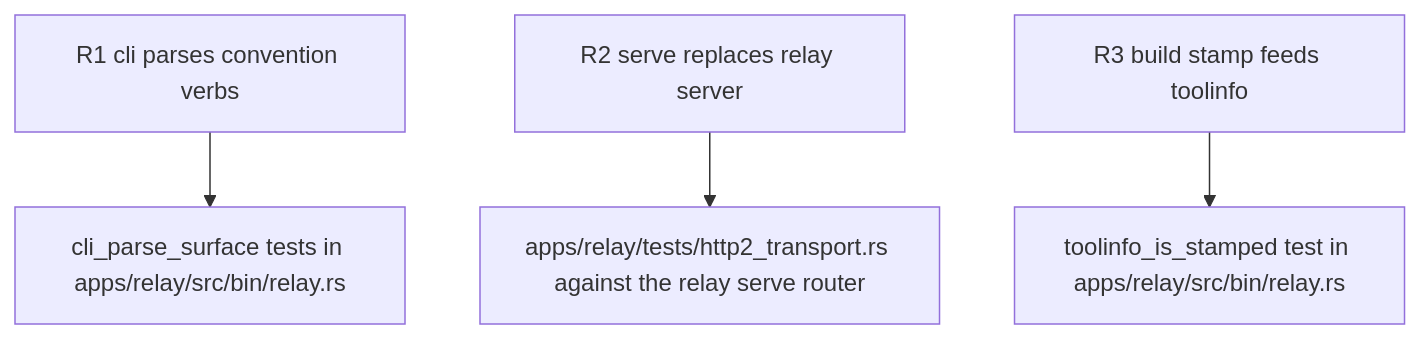
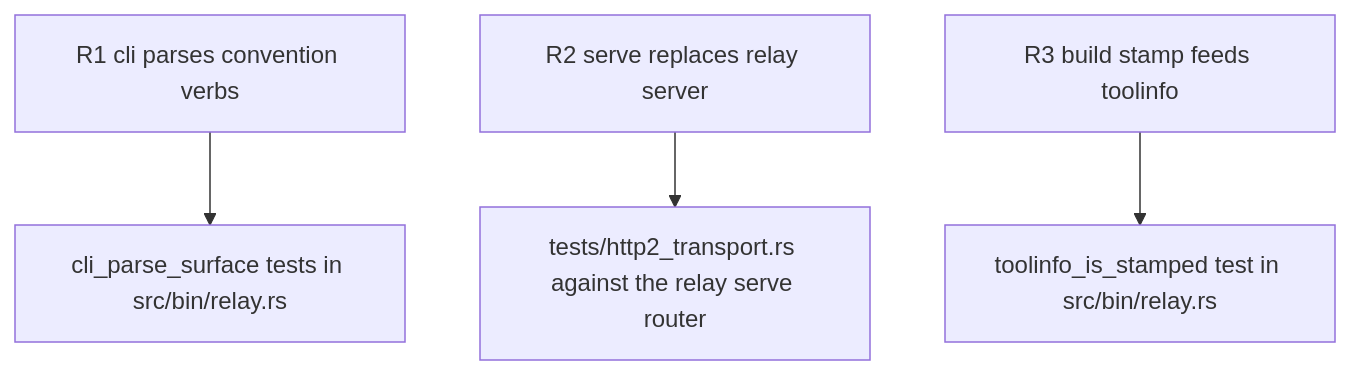
Before and after one commit to faberline/relay: the second of 2 diagrams in tech-design/interfaces/cli/unify-relay-cli-single-relay-bin-with-cli-std-llm-upgrade-issue.md, drawn with Mermaid. The commit also changed other lines of this file and 91 other files, not shown here.

````diff
--- a/tech-design/interfaces/cli/unify-relay-cli-single-relay-bin-with-cli-std-llm-upgrade-issue.md
+++ b/tech-design/interfaces/cli/unify-relay-cli-single-relay-bin-with-cli-std-llm-upgrade-issue.md
@@ -55,28 +55,28 @@
 ```mermaid
 ---
 id: relay-cli-std-surface-verification
 requirements:
   build_stamp_feeds_toolinfo:
     id: R3
     text: "RELAY_GIT_SHA, RELAY_BUILT_AT, and RELAY_TARGET are emitted by libs/build-stamp and populate the cli-std ToolInfo used by llm/upgrade/issue."
     kind: functional
     risk: low
-    verify: toolinfo_is_stamped test in apps/relay/src/bin/relay.rs
+    verify: toolinfo_is_stamped test in src/bin/relay.rs
   cli_parses_convention_verbs:
     id: R1
     text: "The relay CLI parses llm, upgrade, and issue search/view/create with their convention flags, and bare relay (no subcommand) parses as serve."
     kind: functional
     risk: medium
-    verify: cli_parse_surface tests in apps/relay/src/bin/relay.rs
+    verify: cli_parse_surface tests in src/bin/relay.rs
   serve_replaces_relay_server:
     id: R2
     text: "Bare relay serves exactly what relay-server served (RELAY_BIND/RELAY_DATA_DIR honored); the relay-server binary is removed from the crate."
     kind: regression
     risk: medium
-    verify: apps/relay/tests/http2_transport.rs against the relay serve router
+    verify: tests/http2_transport.rs against the relay serve router
 ---
 flowchart TD
-    r1[R1 cli parses convention verbs] --> cli_parse_surface_tests_in_projects_relay_src_bin_relay_rs[cli_parse_surface tests in apps/relay/src/bin/relay.rs]
-    r2[R2 serve replaces relay server] --> projects_relay_tests_http2_transport_rs_against_the_relay_serve_router[apps/relay/tests/http2_transport.rs against the relay serve router]
-    r3[R3 build stamp feeds toolinfo] --> toolinfo_is_stamped_test_in_projects_relay_src_bin_relay_rs[toolinfo_is_stamped test in apps/relay/src/bin/relay.rs]
+    r1[R1 cli parses convention verbs] --> cli_parse_surface_tests_in_projects_relay_src_bin_relay_rs[cli_parse_surface tests in src/bin/relay.rs]
+    r2[R2 serve replaces relay server] --> projects_relay_tests_http2_transport_rs_against_the_relay_serve_router[tests/http2_transport.rs against the relay serve router]
+    r3[R3 build stamp feeds toolinfo] --> toolinfo_is_stamped_test_in_projects_relay_src_bin_relay_rs[toolinfo_is_stamped test in src/bin/relay.rs]
 ```
````
